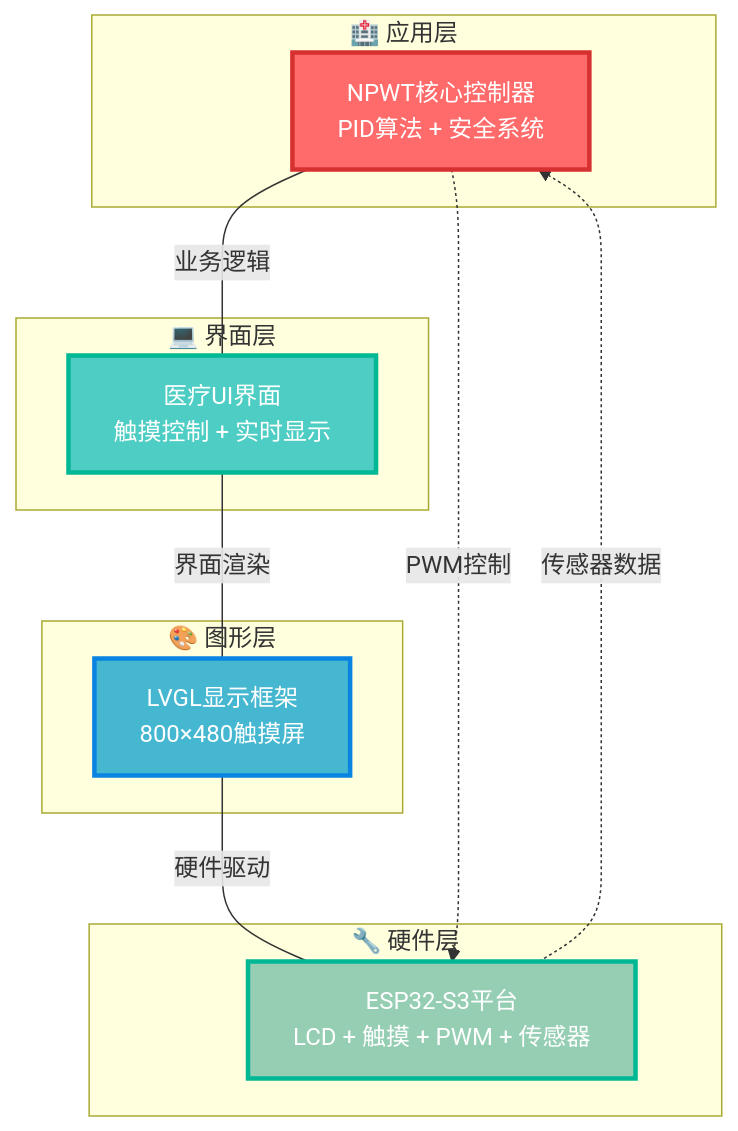
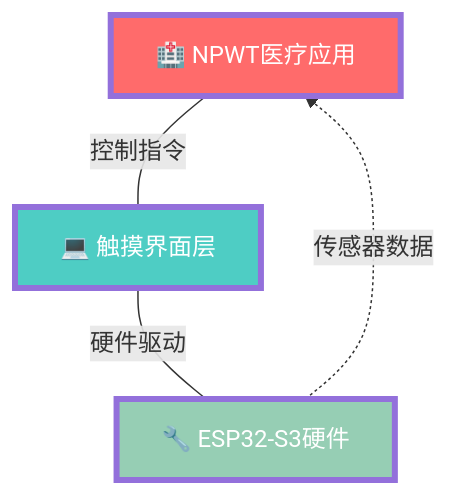
Before and after one commit to Owen1B/PressureCare: the first of 2 diagrams in README.md, drawn with Mermaid. The commit also changed other lines of this file, not shown here.

````diff
--- a/README.md
+++ b/README.md
@@ -26,32 +26,14 @@
 ```mermaid
 graph TB
-    subgraph "🏥 应用层"
-        A[NPWT核心控制器<br/>PID算法 + 安全系统]
-    end
+    A[🏥 NPWT医疗应用]
+    B[💻 触摸界面层]
+    C[🔧 ESP32-S3硬件]
 
-    subgraph "💻 界面层"  
-        U[医疗UI界面<br/>触摸控制 + 实时显示]
-    end
-
-    subgraph "🎨 图形层"
-        L[LVGL显示框架<br/>800×480触摸屏]
-    end
+    A ---|控制指令| B
+    B ---|硬件驱动| C
+    C -.->|传感器数据| A
     
-    subgraph "🔧 硬件层"
-        H[ESP32-S3平台<br/>LCD + 触摸 + PWM + 传感器]
-    end
-
-    %% 主要数据流
-    A ---|业务逻辑| U
-    U ---|界面渲染| L  
-    L ---|硬件驱动| H
-    
-    %% 反馈控制流
-    H -.->|传感器数据| A
-    A -.->|PWM控制| H
-    
-    style A fill:#ff6b6b,stroke:#d63031,stroke-width:3px,color:#fff
-    style U fill:#4ecdc4,stroke:#00b894,stroke-width:3px,color:#fff  
-    style L fill:#45b7d1,stroke:#0984e3,stroke-width:3px,color:#fff
-    style H fill:#96ceb4,stroke:#00b894,stroke-width:3px,color:#fff
+    style A fill:#ff6b6b,stroke-width:4px,color:#fff
+    style B fill:#4ecdc4,stroke-width:4px,color:#fff  
+    style C fill:#96ceb4,stroke-width:4px,color:#fff
 ```
````
